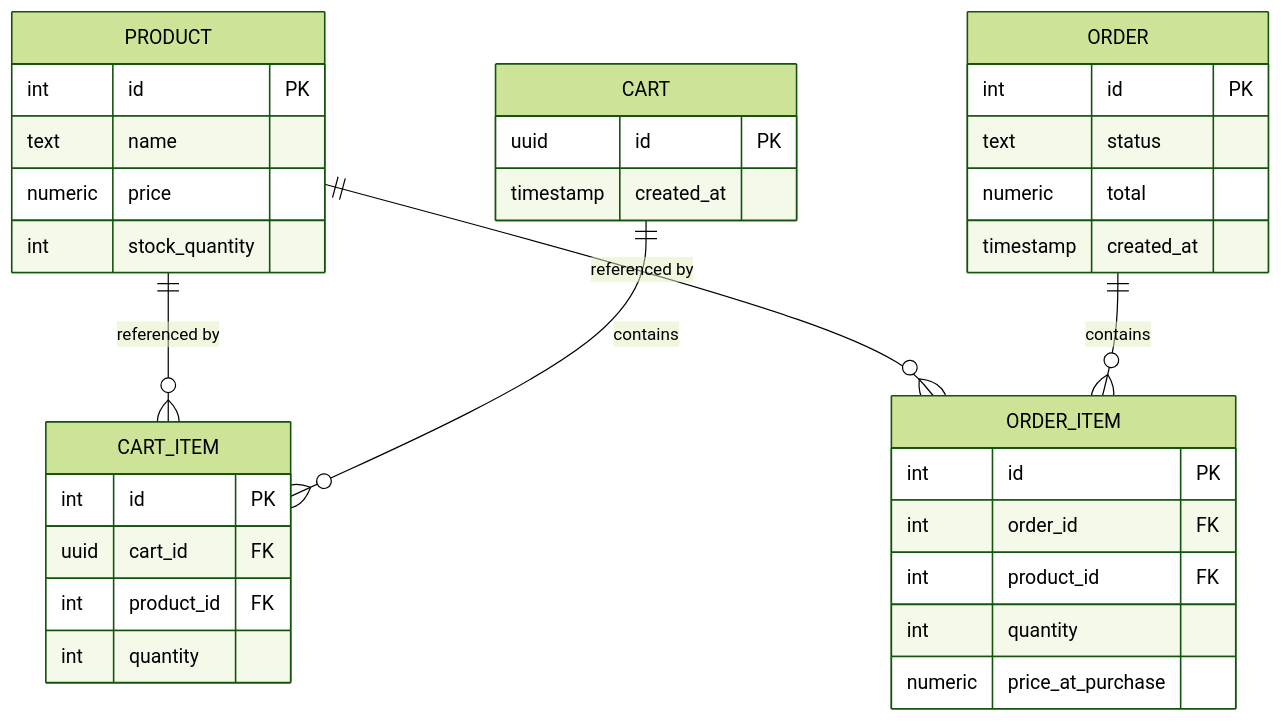
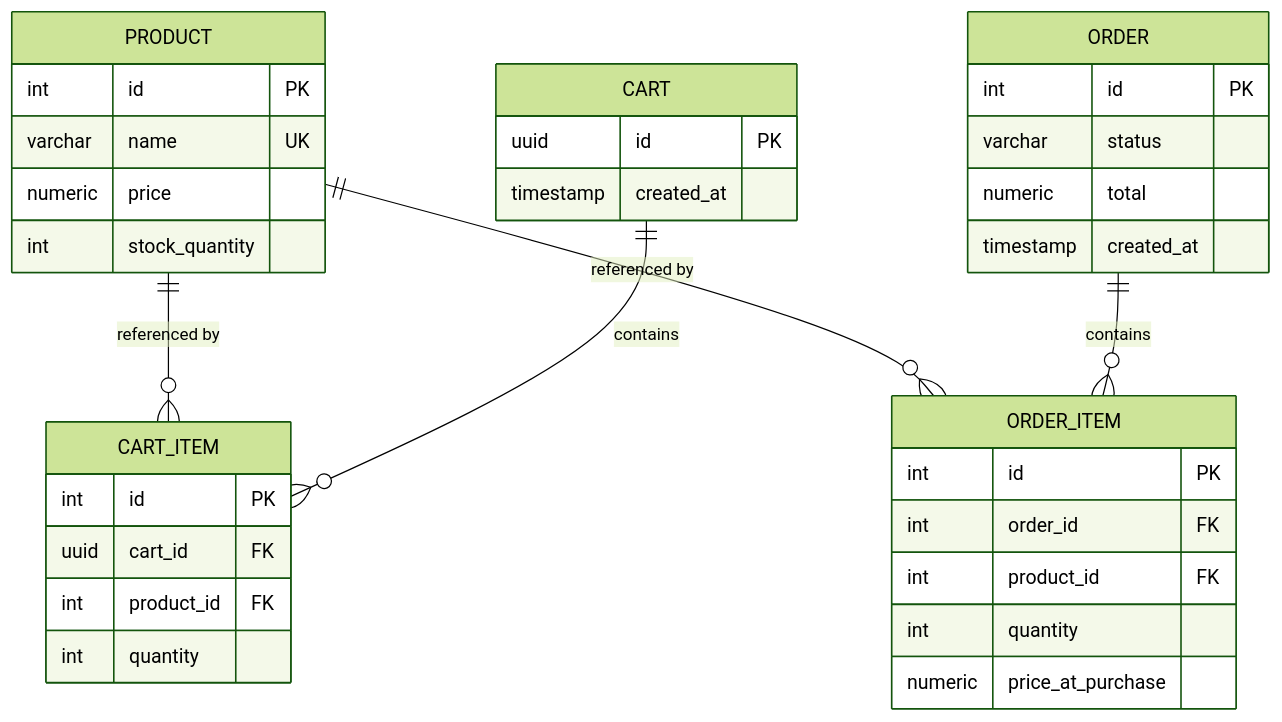
Before and after one commit to musayounus/SmartCart: the second of 2 diagrams in README.md, drawn with Mermaid (forest theme). The commit also changed other lines of this file, not shown here.

Commit message:
Correct two column types in the ER diagram
name and status are VARCHAR(120) and VARCHAR(20), not text, and products.name
is unique. Also notes the price >= 0 check alongside the stock one, since they
are declared together.

````diff
--- a/README.md
+++ b/README.md
@@ -105,37 +105,37 @@
 ```mermaid
 erDiagram
     PRODUCT ||--o{ CART_ITEM  : "referenced by"
     PRODUCT ||--o{ ORDER_ITEM : "referenced by"
     CART    ||--o{ CART_ITEM  : contains
     ORDER   ||--o{ ORDER_ITEM : contains
 
     PRODUCT {
         int id PK
-        text name
+        varchar name UK
         numeric price
         int stock_quantity
     }
     CART {
         uuid id PK
         timestamp created_at
     }
     CART_ITEM {
         int id PK
         uuid cart_id FK
         int product_id FK
         int quantity
     }
     ORDER {
         int id PK
-        text status
+        varchar status
         numeric total
         timestamp created_at
     }
     ORDER_ITEM {
         int id PK
         int order_id FK
         int product_id FK
         int quantity
         numeric price_at_purchase
     }
 ```
````
